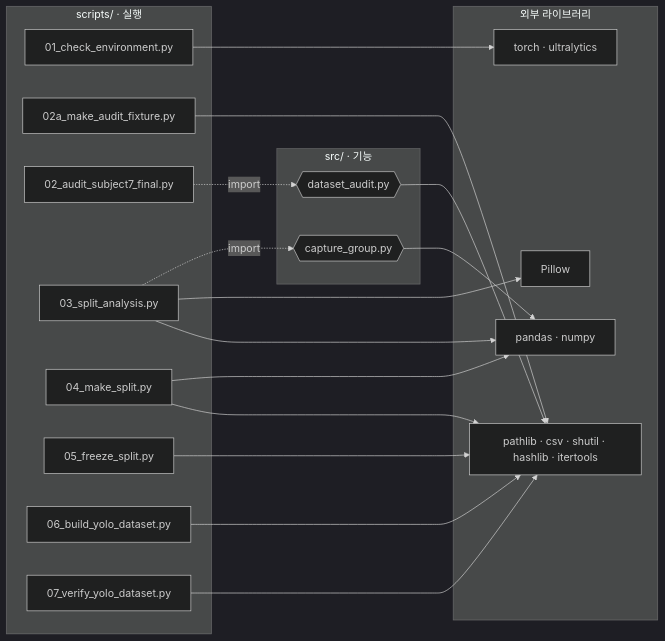
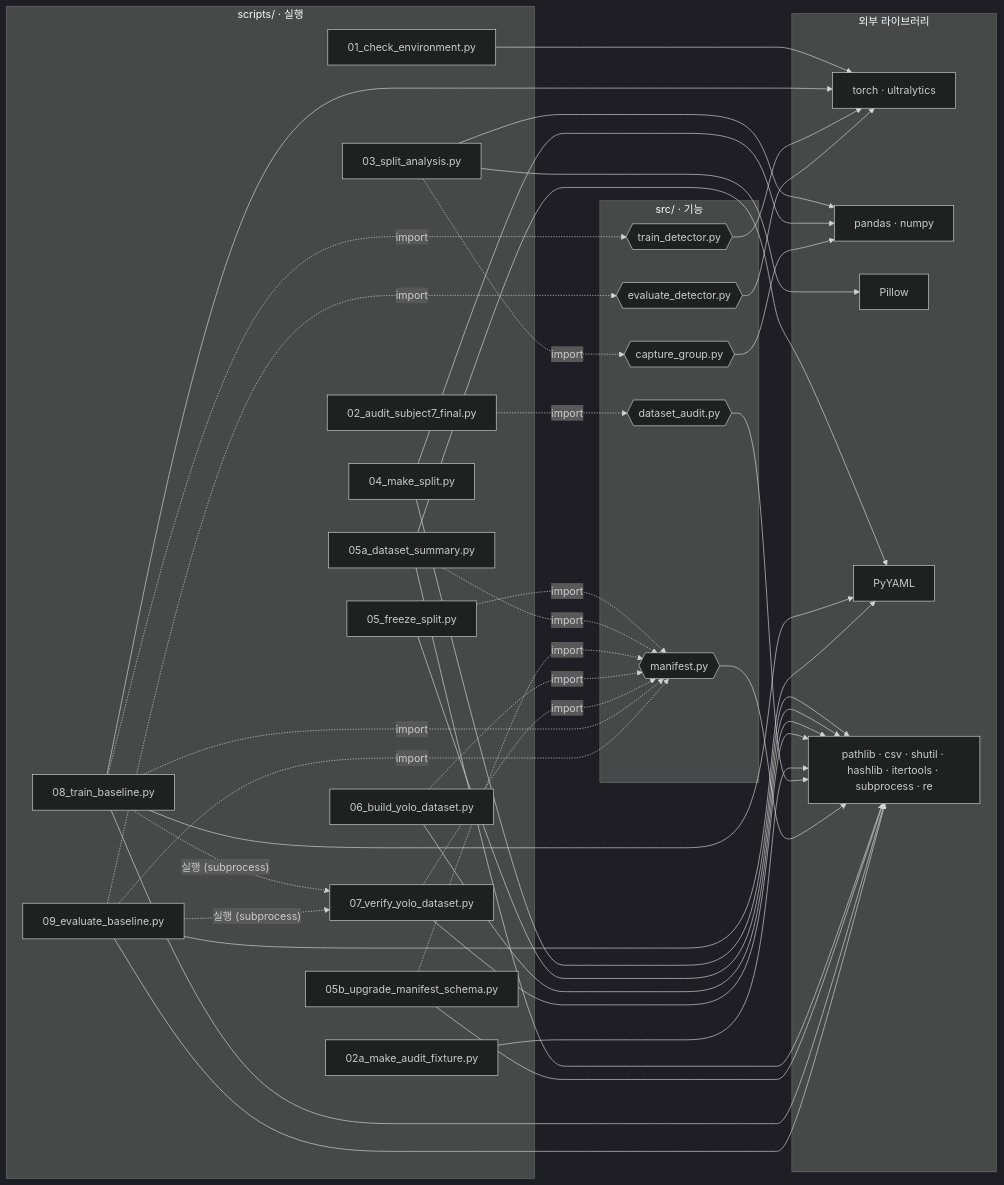
One commit to howolcat/prj2026.10 changed the second of 2 diagrams in prj08/docs/code_flow.md. Above: the diagram before and after it, drawn with Mermaid (dark theme). The commit also changed other lines of this file and 13 other files, not shown here.

````diff
--- a/prj08/docs/code_flow.md
+++ b/prj08/docs/code_flow.md
@@ -154,37 +221,68 @@
 ```mermaid
 flowchart LR
     subgraph SRC["src/ · 기능"]
         DA{{"dataset_audit.py"}}
         CG{{"capture_group.py"}}
+        MF{{"manifest.py"}}
+        TD{{"train_detector.py"}}
+        ED{{"evaluate_detector.py"}}
     end
     subgraph SCR["scripts/ · 실행"]
         S01["01_check_environment.py"]
         S02A["02a_make_audit_fixture.py"]
         S02["02_audit_subject7_final.py"]
         S03["03_split_analysis.py"]
         S04["04_make_split.py"]
         S05["05_freeze_split.py"]
+        S05A["05a_dataset_summary.py"]
+        S05B["05b_upgrade_manifest_schema.py"]
         S06["06_build_yolo_dataset.py"]
         S07["07_verify_yolo_dataset.py"]
+        S08["08_train_baseline.py"]
+        S09["09_evaluate_baseline.py"]
     end
     subgraph LIB["외부 라이브러리"]
         T["torch · ultralytics"]
         PD["pandas · numpy"]
         PIL["Pillow"]
-        STD["pathlib · csv · shutil · hashlib · itertools"]
+        YML["PyYAML"]
+        STD["pathlib · csv · shutil · hashlib · itertools · subprocess · re"]
     end
 
     S01 --> T
     S02 -.->|import| DA
     S03 -.->|import| CG
     S03 --> PIL
     S03 --> PD
     S04 --> PD
     S04 --> STD
     S05 --> STD
     S06 --> STD
     S07 --> STD
     S02A --> STD
     DA --> STD
     CG --> PD
+
+    S05 -.->|import| MF
+    S05A -.->|import| MF
+    S05B -.->|import| MF
+    S06 -.->|import| MF
+    S07 -.->|import| MF
+    S08 -.->|import| MF
+    S09 -.->|import| MF
+    S08 -.->|import| TD
+    S09 -.->|import| ED
+    S08 -.->|"실행 (subprocess)"| S07
+    S09 -.->|"실행 (subprocess)"| S07
+    MF --> STD
+    S05A --> YML
+    S08 --> YML
+    S09 --> YML
+    S08 --> T
+    TD --> T
+    ED --> T
+    S05A --> STD
+    S05B --> STD
+    S08 --> STD
+    S09 --> STD
 ```
````
